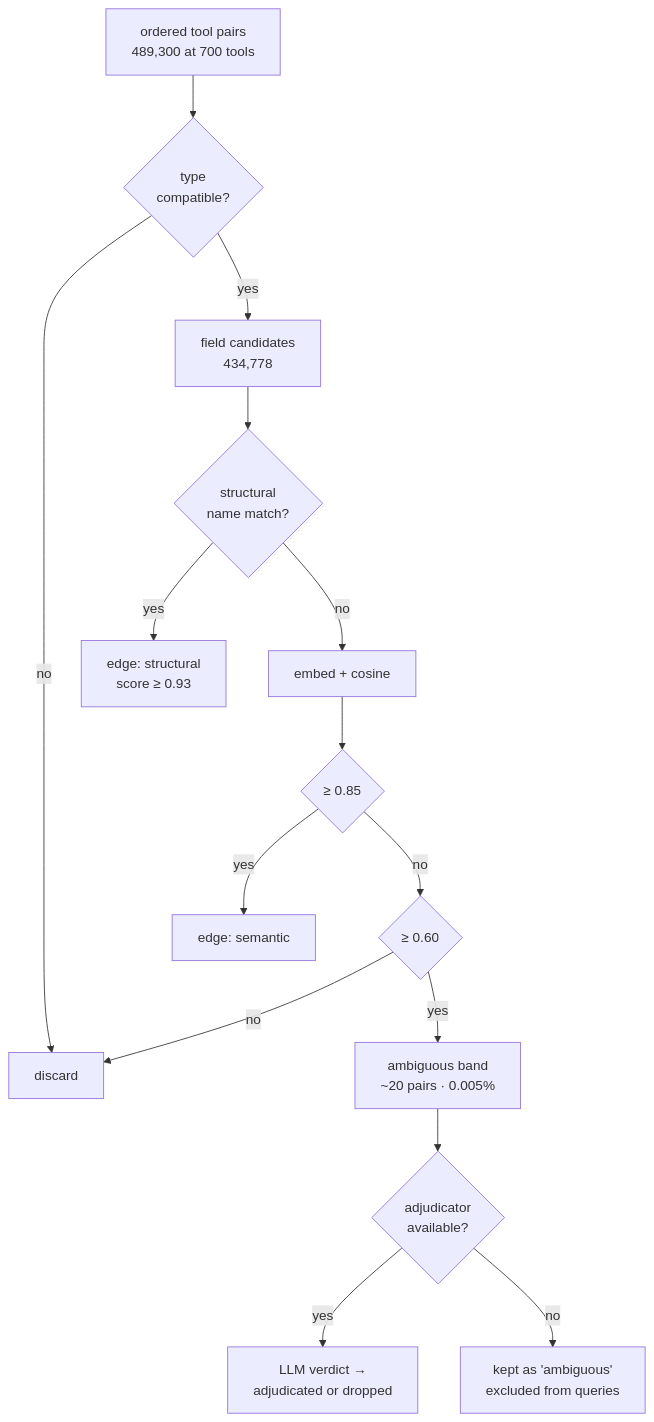
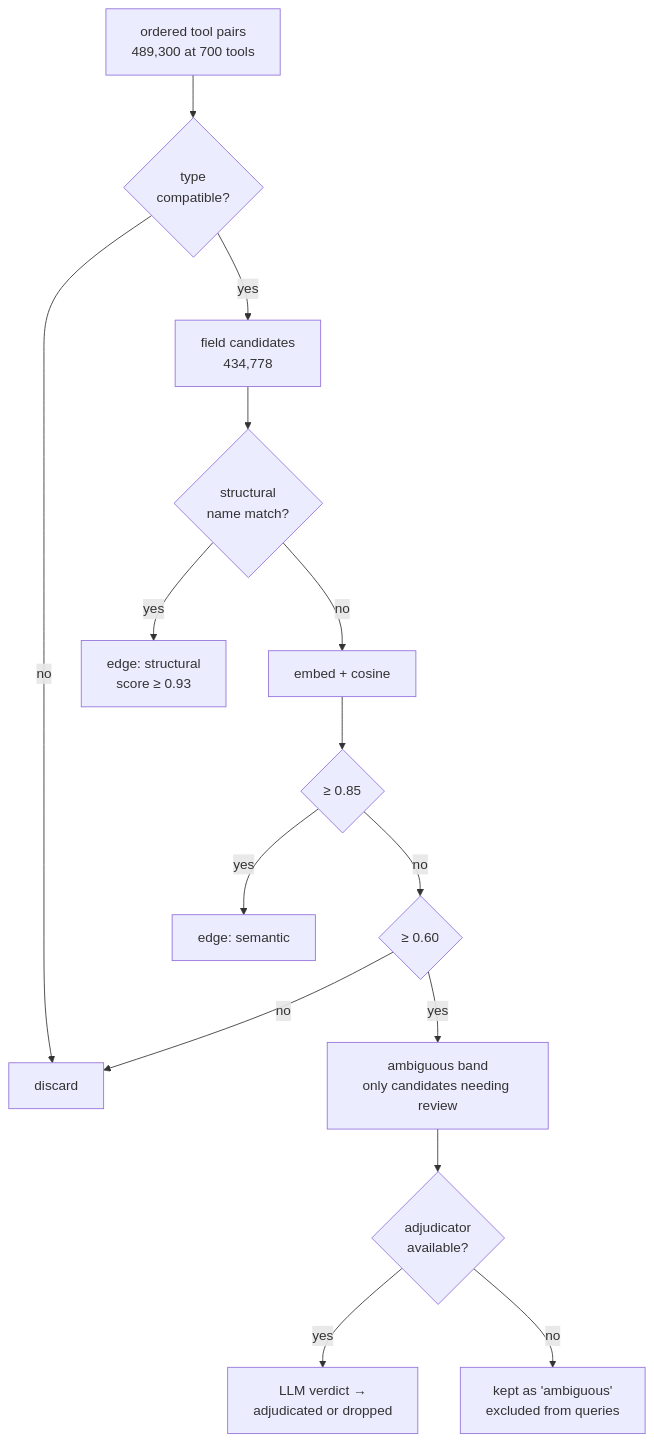
The second of 3 diagrams in docs/ARCHITECTURE.md (srikanthreddy78/filura), drawn with Mermaid before and after one commit. The commit also changed other lines of this file and 19 other files, not shown here.

````diff
--- a/docs/ARCHITECTURE.md
+++ b/docs/ARCHITECTURE.md
@@ -27,17 +29,17 @@
 ```mermaid
 flowchart TD
   A["ordered tool pairs<br/>489,300 at 700 tools"] --> B{type<br/>compatible?}
   B -- no --> X[discard]
   B -- yes --> C["field candidates<br/>434,778"]
   C --> D{structural<br/>name match?}
   D -- yes --> E["edge: structural<br/>score ≥ 0.93"]
   D -- no --> F[embed + cosine]
   F --> G{"≥ 0.85"}
   G -- yes --> H["edge: semantic"]
   G -- no --> I{"≥ 0.60"}
   I -- no --> X
-  I -- yes --> J["ambiguous band<br/>~20 pairs · 0.005%"]
+  I -- yes --> J["ambiguous band<br/>only candidates needing review"]
   J --> K{adjudicator<br/>available?}
   K -- yes --> L["LLM verdict →<br/>adjudicated or dropped"]
   K -- no --> M["kept as 'ambiguous'<br/>excluded from queries"]
 ```
````
